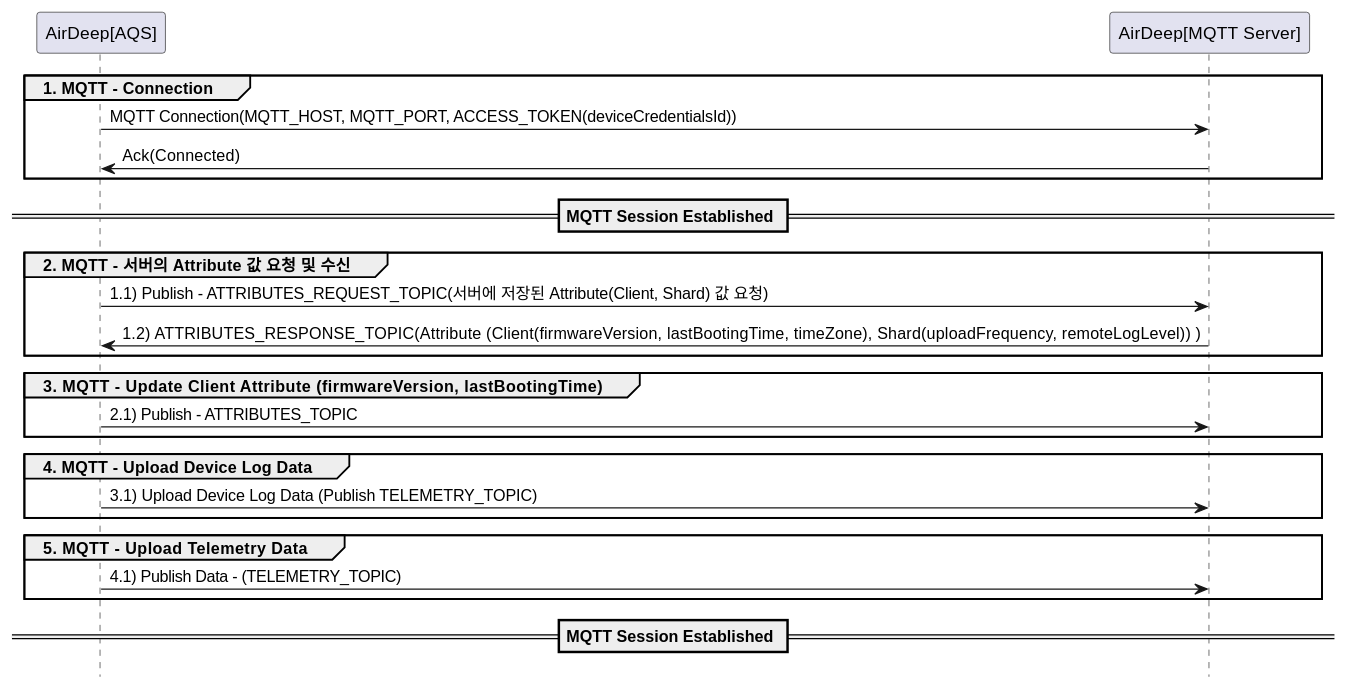
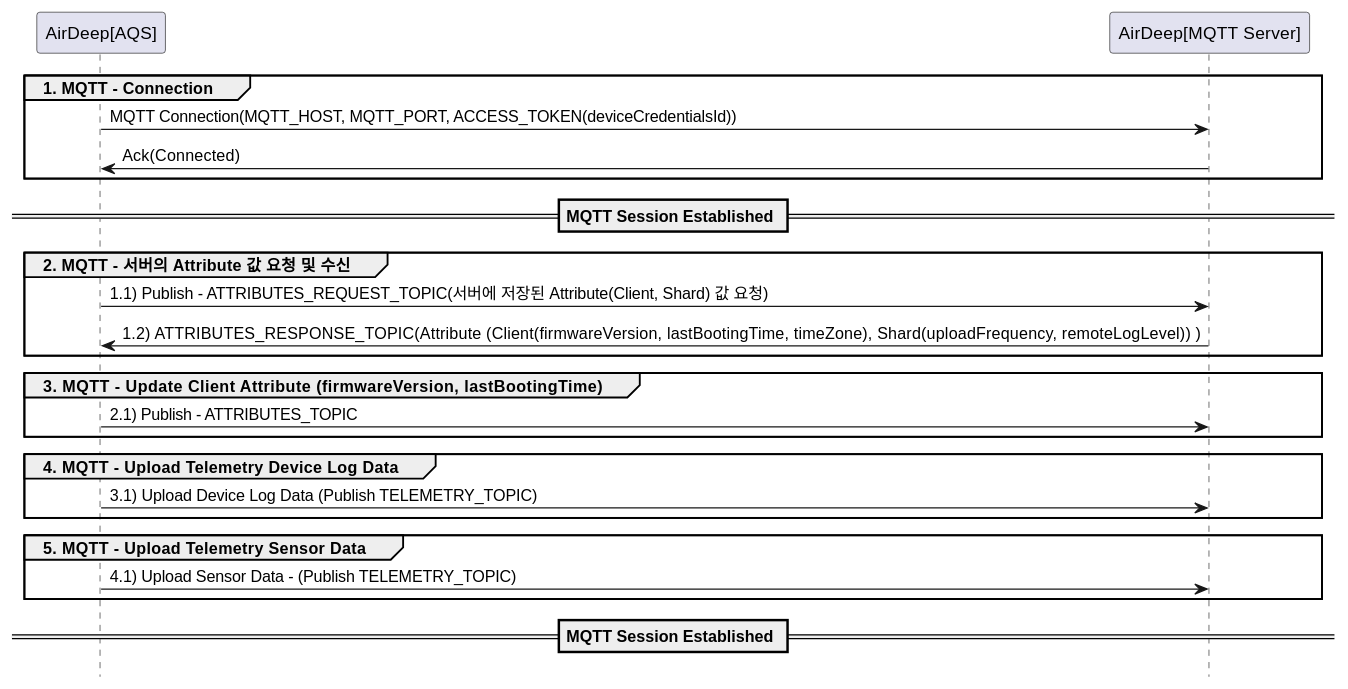
The first of 3 diagrams in docs/MQTT-API-1.AttributeChangeCommand.md (RTdataLab/DE-ADeep-API-Guide), drawn with PlantUML before and after one commit. The commit also changed other lines of this file and 4 other files, not shown here.

````diff
--- a/docs/MQTT-API-1.AttributeChangeCommand.md
+++ b/docs/MQTT-API-1.AttributeChangeCommand.md
@@ -59,32 +59,32 @@
    ```plantuml
    @startuml
      participant "AirDeep[AQS]" order 1
      participant "AirDeep[MQTT Server]" order 2
      hide footbox
 
      group 1. MQTT - Connection
       "AirDeep[AQS]" -> "AirDeep[MQTT Server]" : MQTT Connection(MQTT_HOST, MQTT_PORT, ACCESS_TOKEN(deviceCredentialsId))
       "AirDeep[AQS]" <- "AirDeep[MQTT Server]"  : Ack(Connected)
      end
 
      == MQTT Session Established ==
      group 2. MQTT - 서버의 Attribute 값 요청 및 수신
      "AirDeep[AQS]" -> "AirDeep[MQTT Server]" : 1.1) Publish - ATTRIBUTES_REQUEST_TOPIC(서버에 저장된 Attribute(Client, Shard) 값 요청)
      "AirDeep[AQS]" <- "AirDeep[MQTT Server]" : 1.2) ATTRIBUTES_RESPONSE_TOPIC(Attribute (Client(firmwareVersion, lastBootingTime, timeZone), Shard(uploadFrequency, remoteLogLevel)) )
      end
 
      group 3. MQTT - Update Client Attribute (firmwareVersion, lastBootingTime)
      "AirDeep[AQS]" -> "AirDeep[MQTT Server]" : 2.1) Publish - ATTRIBUTES_TOPIC
      end
 
-     group 4. MQTT - Upload Device Log Data
+     group 4. MQTT - Upload Telemetry Device Log Data
        "AirDeep[AQS]" -> "AirDeep[MQTT Server]" : 3.1) Upload Device Log Data (Publish TELEMETRY_TOPIC)
      end
 
-     group 5. MQTT - Upload Telemetry Data
-       "AirDeep[AQS]" -> "AirDeep[MQTT Server]" : 4.1) Publish Data - (TELEMETRY_TOPIC) 
+     group 5. MQTT - Upload Telemetry Sensor Data
+       "AirDeep[AQS]" -> "AirDeep[MQTT Server]" : 4.1) Upload Sensor Data - (Publish TELEMETRY_TOPIC) 
      end
      
      == MQTT Session Established ==
    @enduml
    ```
````
